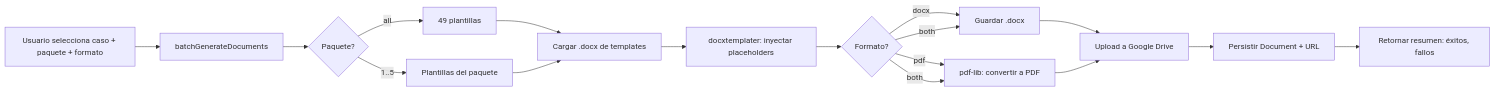
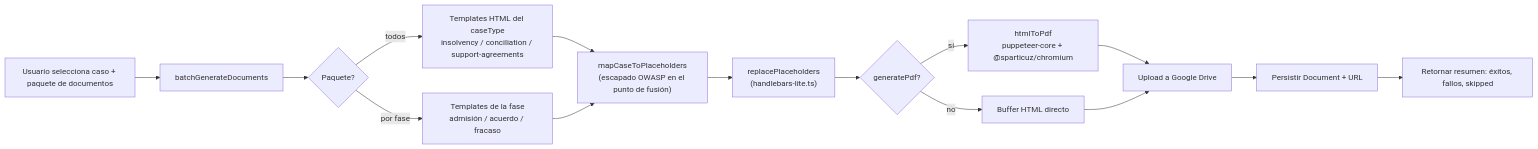
The sixth of 9 diagrams in docs/ARQUITECTURA.md (insolventic/insolventic), drawn with Mermaid before and after one commit. The commit also changed other lines of this file and 1 other file, not shown here.

Commit message:
docs: align document generation pipeline description across docs
- ARQUITECTURA.md §6/§7 described docxtemplater+pdf-lib+.docx; real
  pipeline (verified in code) is HTML templates -> placeholder-mapper
  + handlebars-lite -> puppeteer-core + @sparticuz/chromium -> PDF
- docxtemplater is in package.json but has zero references in src/
  (dead dependency); pdf-lib was never installed
- README.md stack table had the same stale docxtemplater/pdf-lib entry
- Corrected model count (27, not ~60) in §7
- CLAUDE.md already had the correct pipeline description, no change needed

````diff
--- a/docs/ARQUITECTURA.md
+++ b/docs/ARQUITECTURA.md
@@ -179,19 +179,17 @@
 ```mermaid
 flowchart LR
-    A[Usuario selecciona caso + paquete + formato] --> B[batchGenerateDocuments]
+    A[Usuario selecciona caso + paquete de documentos] --> B[batchGenerateDocuments]
     B --> C{Paquete?}
-    C -- "all" --> D[49 plantillas]
-    C -- "1..5" --> E[Plantillas del paquete]
-    D --> F[Cargar .docx de templates]
+    C -- "todos" --> D["Templates HTML del caseType<br/>insolvency / conciliation / support-agreements"]
+    C -- "por fase" --> E[Templates de la fase<br/>admisión / acuerdo / fracaso]
+    D --> F["mapCaseToPlaceholders<br/>(escapado OWASP en el punto de fusión)"]
     E --> F
-    F --> G[docxtemplater: inyectar placeholders]
-    G --> H{Formato?}
-    H -- "docx" --> I[Guardar .docx]
-    H -- "pdf" --> J[pdf-lib: convertir a PDF]
-    H -- "both" --> I
-    H -- "both" --> J
+    F --> G["replacePlaceholders<br/>(handlebars-lite.ts)"]
+    G --> H{generatePdf?}
+    H -- "sí" --> I["htmlToPdf<br/>puppeteer-core + @sparticuz/chromium"]
+    H -- "no" --> J[Buffer HTML directo]
     I --> K[Upload a Google Drive]
     J --> K
     K --> L[Persistir Document + URL]
-    L --> M[Retornar resumen: éxitos, fallos]
+    L --> M[Retornar resumen: éxitos, fallos, skipped]
 ```
````
